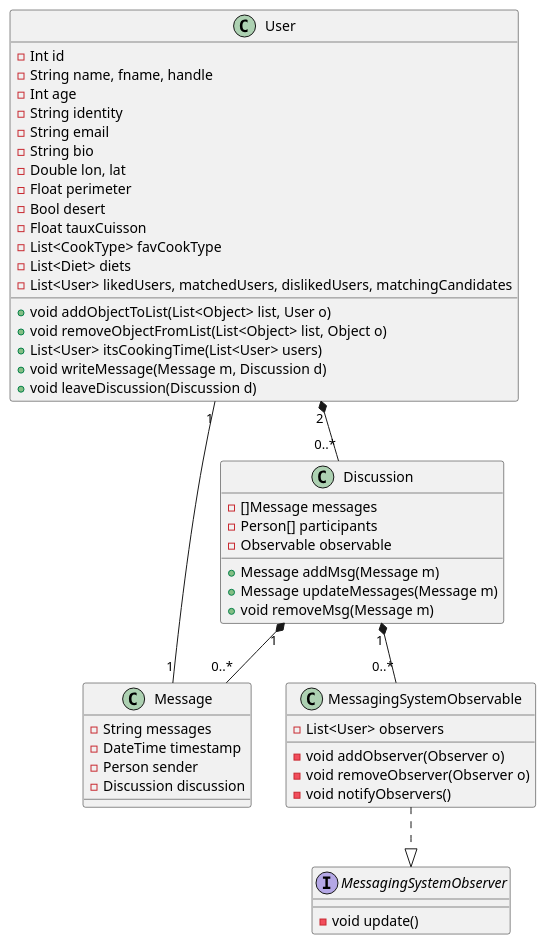
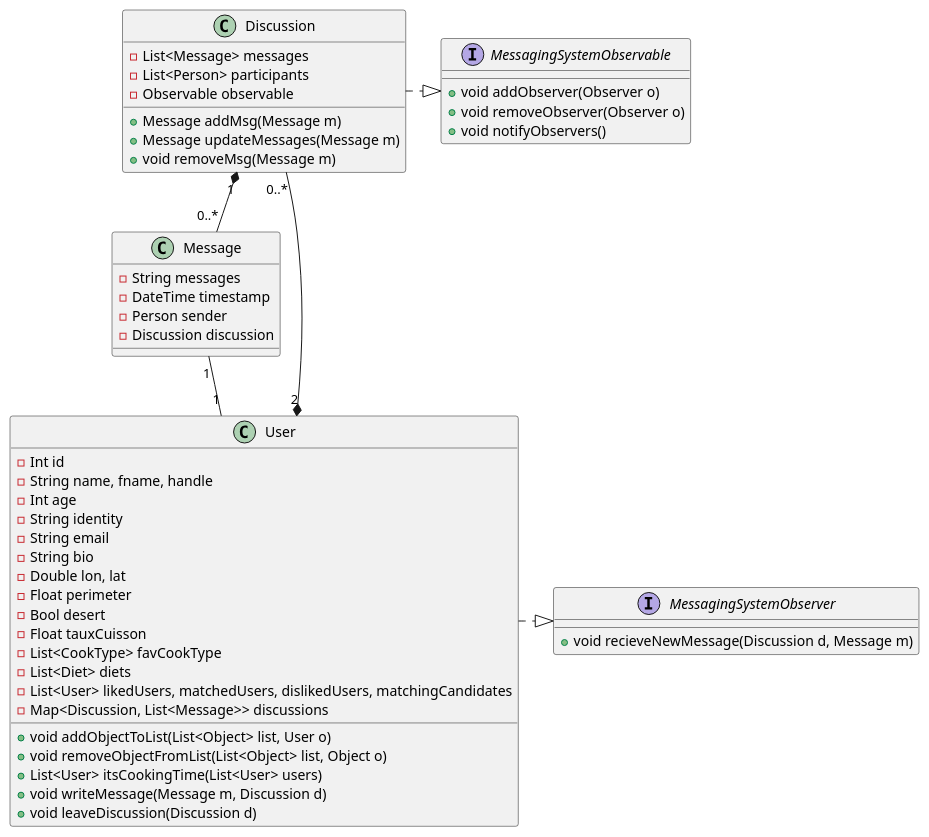
One commit to UPPA-s-University-Projects/M1_SIGLIS-MeetBallsUML changed the diagram in class/messagingSystem.puml. Above: the diagram before and after it, drawn with PlantUML. The commit also changed 2 other files, not shown here.

Commit message:
Class diagram worked. New diagram added

```diff
--- a/class/messagingSystem.puml
+++ b/class/messagingSystem.puml
@@ -1,61 +1,60 @@
 @startuml 
     Class "User" as person{
    
         - Int id
         - String name, fname, handle
         - Int age
         - String identity
         - String email
         - String bio
         - Double lon, lat
         - Float perimeter
         - Bool desert
         - Float tauxCuisson 
         - List<CookType> favCookType
         - List<Diet> diets
         - List<User> likedUsers, matchedUsers, dislikedUsers, matchingCandidates
+        - Map<Discussion, List<Message>> discussions
 
         + void addObjectToList(List<Object> list, User o)
         + void removeObjectFromList(List<Object> list, Object o)
         + List<User> itsCookingTime(List<User> users)
         + void writeMessage(Message m, Discussion d)
         + void leaveDiscussion(Discussion d)
-        
     }
 
     Class "Discussion" as discuss{
-        - []Message messages
-        - Person[] participants
+        - List<Message> messages
+        - List<Person> participants
         - Observable observable
 
         + Message addMsg(Message m)
         + Message updateMessages(Message m)
         + void removeMsg(Message m)
     }
 
     Class "Message" as messaging{
         - String messages        
         - DateTime timestamp
         - Person sender
         - Discussion discussion
     }
 
     Interface "MessagingSystemObserver" as observer{
-        - void update()
+        + void recieveNewMessage(Discussion d, Message m)
     }
 
-    Class "MessagingSystemObservable" as observable{
-        - List<User> observers
-        - void addObserver(Observer o)
-        - void removeObserver(Observer o)
-        - void notifyObservers()
+    Interface "MessagingSystemObservable" as observable{
+        + void addObserver(Observer o)
+        + void removeObserver(Observer o)
+        + void notifyObservers()
     }
     
 
     discuss "1" *-- "0..*" messaging
     messaging "1" -- "1" person
     person "2" *-- "0..*" discuss
 
-    discuss "1" *-- "0..*" observable
-    observable ..|> observer
+    discuss .|> observable
+    person .|> observer
 @enduml
```
